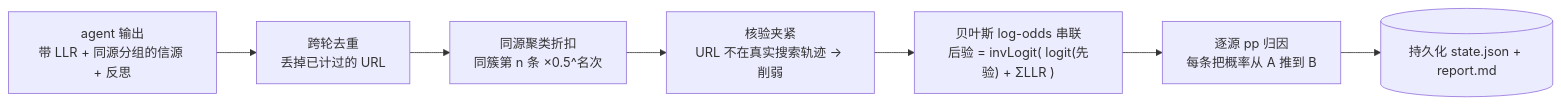
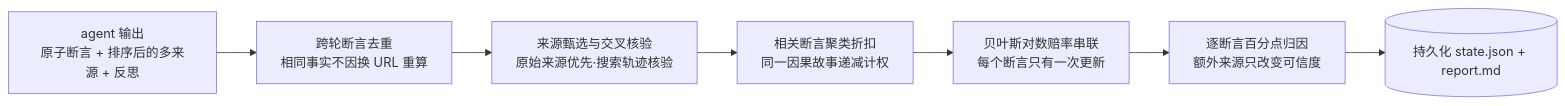
The second of 3 diagrams in packages/forecast-engine/DIAGRAM.md (Alchemist-X/autonomous-poly-trading), drawn with Mermaid before and after one commit. The commit also changed other lines of this file and 37 other files, not shown here.

````diff
--- a/packages/forecast-engine/DIAGRAM.md
+++ b/packages/forecast-engine/DIAGRAM.md
@@ -102,9 +108,9 @@
 ```mermaid
 flowchart LR
-    IN["agent 输出<br/>带 LLR + 同源分组的信源 + 反思"] --> D["跨轮去重<br/>丢掉已计过的 URL"]
-    D --> CLU["同源聚类折扣<br/>同簇第 n 条 ×0.5^名次"]
-    CLU --> VER["核验夹紧<br/>URL 不在真实搜索轨迹 → 削弱"]
-    VER --> TH["贝叶斯 log-odds 串联<br/>后验 = invLogit( logit(先验) + ΣLLR )"]
-    TH --> ATTR["逐源 pp 归因<br/>每条把概率从 A 推到 B"]
+    IN["agent 输出<br/>原子断言 + 排序后的多来源 + 反思"] --> D["跨轮断言去重<br/>相同事实不因换 URL 重算"]
+    D --> VER["来源甄选与交叉核验<br/>原始来源优先·搜索轨迹核验"]
+    VER --> CLU["相关断言聚类折扣<br/>同一因果故事递减计权"]
+    CLU --> TH["贝叶斯对数赔率串联<br/>每个断言只有一次更新"]
+    TH --> ATTR["逐断言百分点归因<br/>额外来源只改变可信度"]
     ATTR --> PS[("持久化 state.json + report.md")]
 ```
````
